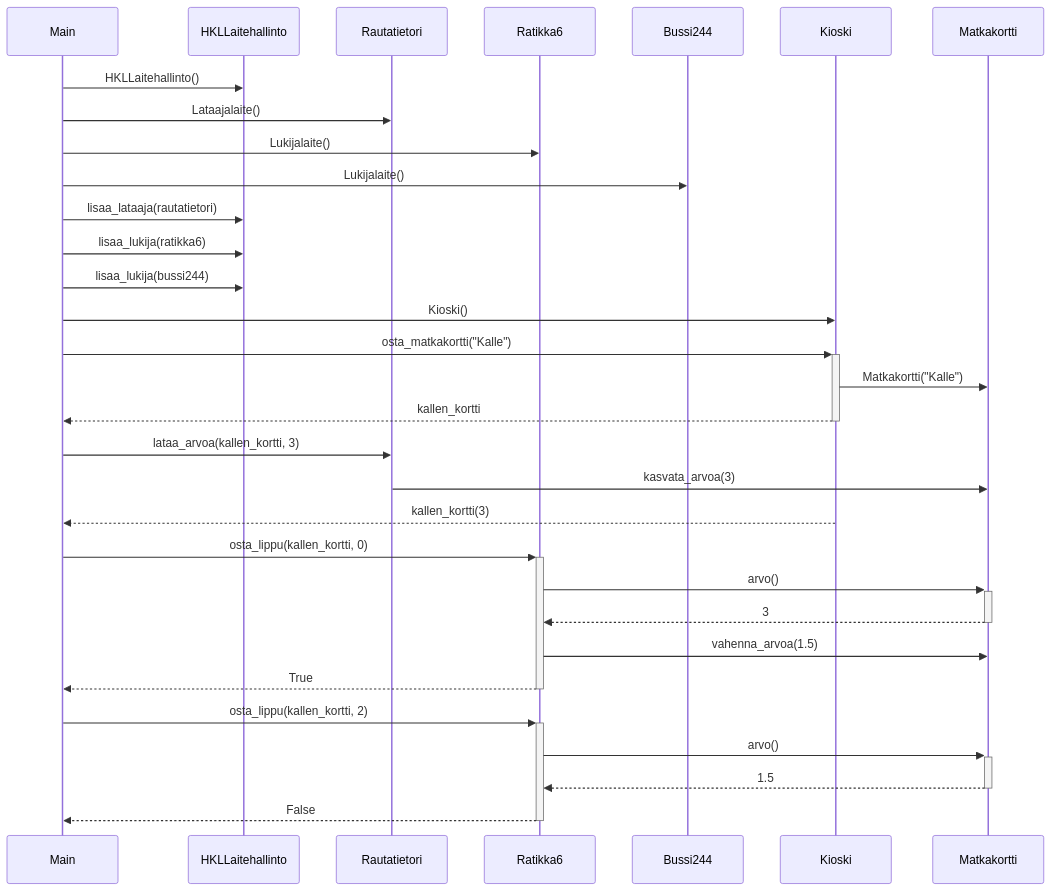
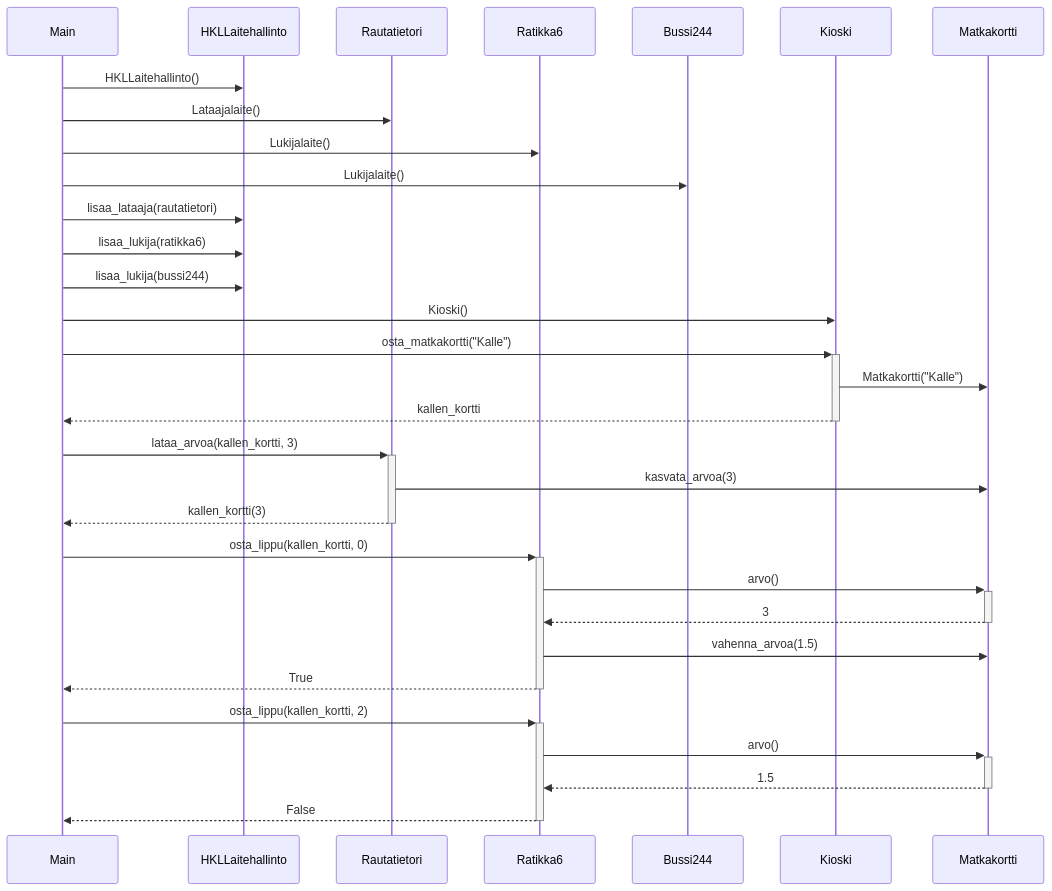
The second of 2 diagrams in laskarit/viikko3/sekvenssikaavio.md (phuvio/ot-harjoitustyo), drawn with Mermaid before and after one commit.

````diff
--- a/laskarit/viikko3/sekvenssikaavio.md
+++ b/laskarit/viikko3/sekvenssikaavio.md
@@ -27,34 +27,34 @@
 ```mermaid
   sequenceDiagram
       participant M as Main
       participant H as HKLLaitehallinto
       participant L as Rautatietori
       participant R as Ratikka6
       participant B as Bussi244
       participant K as Kioski
       participant A as Matkakortti
       
       M->>H: HKLLaitehallinto()
       M->>L: Lataajalaite()
       M->>R: Lukijalaite()
       M->>B: Lukijalaite()
       M->>H: lisaa_lataaja(rautatietori)
       M->>H: lisaa_lukija(ratikka6)
       M->>H: lisaa_lukija(bussi244)
       M->>K: Kioski()
       M->>+K: osta_matkakortti("Kalle")
       K->>A: Matkakortti("Kalle")
       K-->>-M: kallen_kortti
-      M->>L: lataa_arvoa(kallen_kortti, 3)
+      M->>+L: lataa_arvoa(kallen_kortti, 3)
       L->>A: kasvata_arvoa(3)
-      K-->>M: kallen_kortti(3)
+      L-->>-M: kallen_kortti(3)
       M->>+R: osta_lippu(kallen_kortti, 0)
       R->>+A: arvo()
       A-->>-R: 3
       R->>A: vahenna_arvoa(1.5)
       R-->>-M: True
       M->>+R: osta_lippu(kallen_kortti, 2)
       R->>+A: arvo()
       A-->>-R: 1.5
       R-->>-M: False
 ```
````
